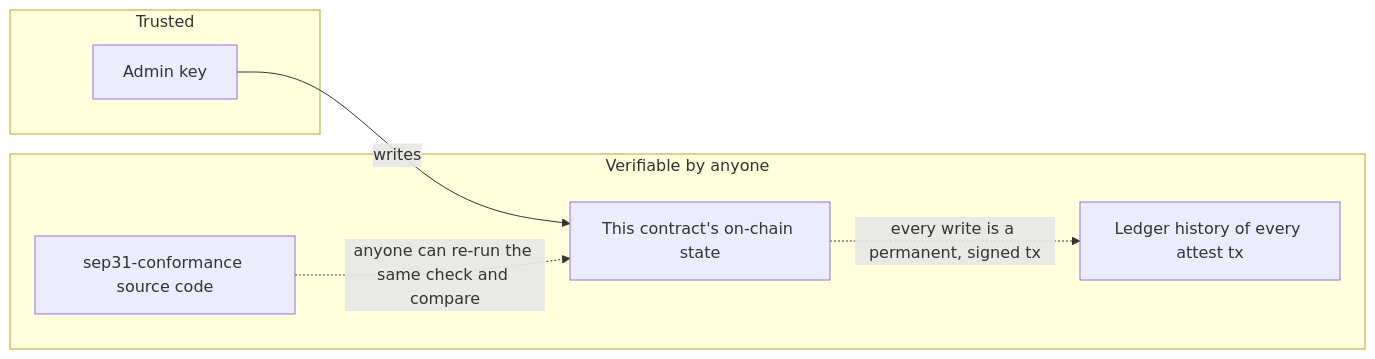
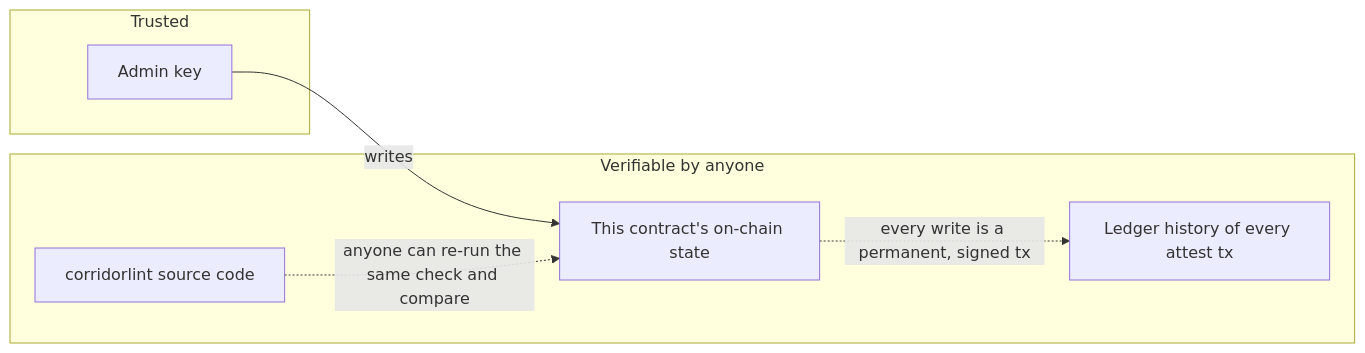
Before and after one commit to sep31-conformance/sep31-attestation-registry: the second of 3 diagrams in README.md, drawn with Mermaid. The commit also changed other lines of this file and 1 other file, not shown here.

First line of the commit message:
Rename project from sep31-attestation-registry to corridorlint-registry

````diff
--- a/README.md
+++ b/README.md
@@ -110,14 +110,14 @@
 ```mermaid
 flowchart LR
     subgraph Trusted
         A[Admin key]
     end
     subgraph Verifiable by anyone
-        B[sep31-conformance source code]
+        B[corridorlint source code]
         C[This contract's on-chain state]
         D[Ledger history of every attest tx]
     end
     A -->|writes| C
     B -.->|anyone can re-run the same check and compare| C
     C -.->|every write is a permanent, signed tx| D
 ```
````
